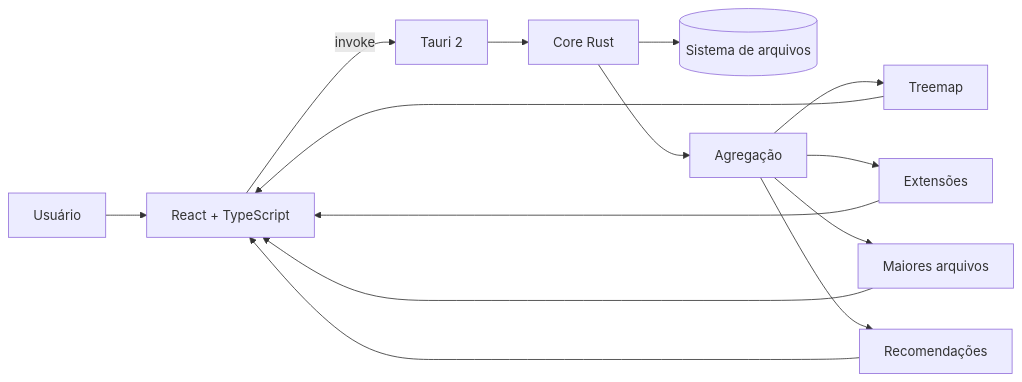
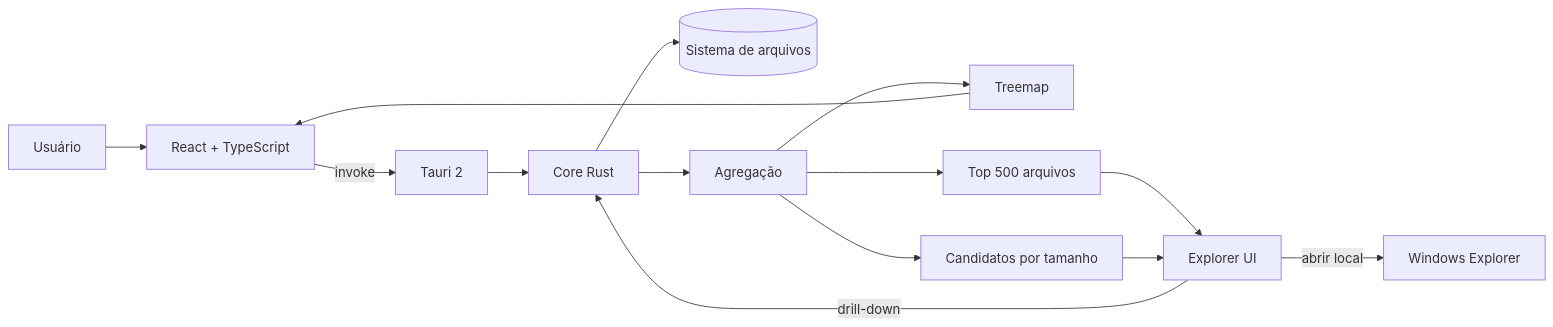
One commit to tombemol/L.I.V.I.A changed the first of 3 diagrams in README.md. Above: the diagram before and after it, drawn with Mermaid. The commit also changed other lines of this file and 9 other files, not shown here.

````diff
--- a/README.md
+++ b/README.md
@@ -43,16 +67,16 @@
 ```mermaid
 flowchart LR
     U[Usuário] --> UI[React + TypeScript]
     UI -->|invoke| T[Tauri 2]
     T --> R[Core Rust]
     R --> FS[(Sistema de arquivos)]
     R --> AG[Agregação]
     AG --> TR[Treemap]
-    AG --> EX[Extensões]
-    AG --> LF[Maiores arquivos]
-    AG --> RC[Recomendações]
+    AG --> LF[Top 500 arquivos]
+    AG --> DC[Candidatos por tamanho]
     TR --> UI
-    EX --> UI
-    LF --> UI
-    RC --> UI
+    LF --> EX[Explorer UI]
+    DC --> EX
+    EX -->|drill-down| R
+    EX -->|abrir local| WIN[Windows Explorer]
 ```
````
